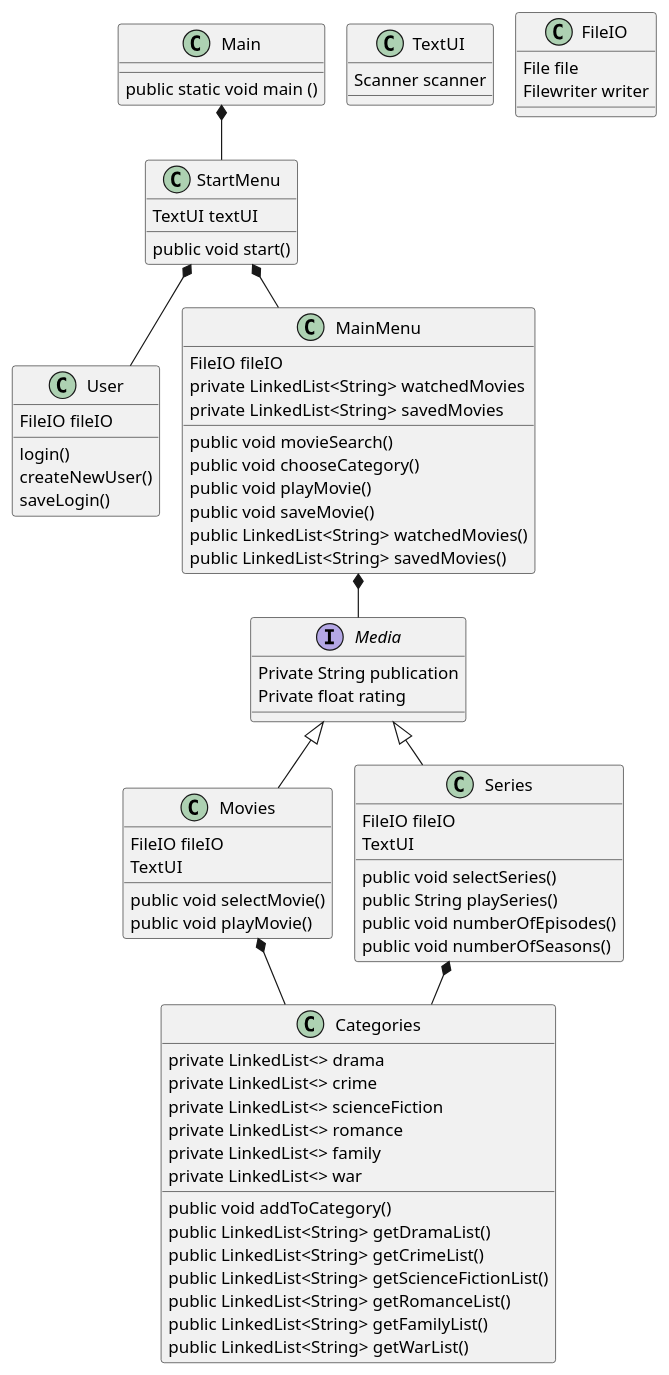
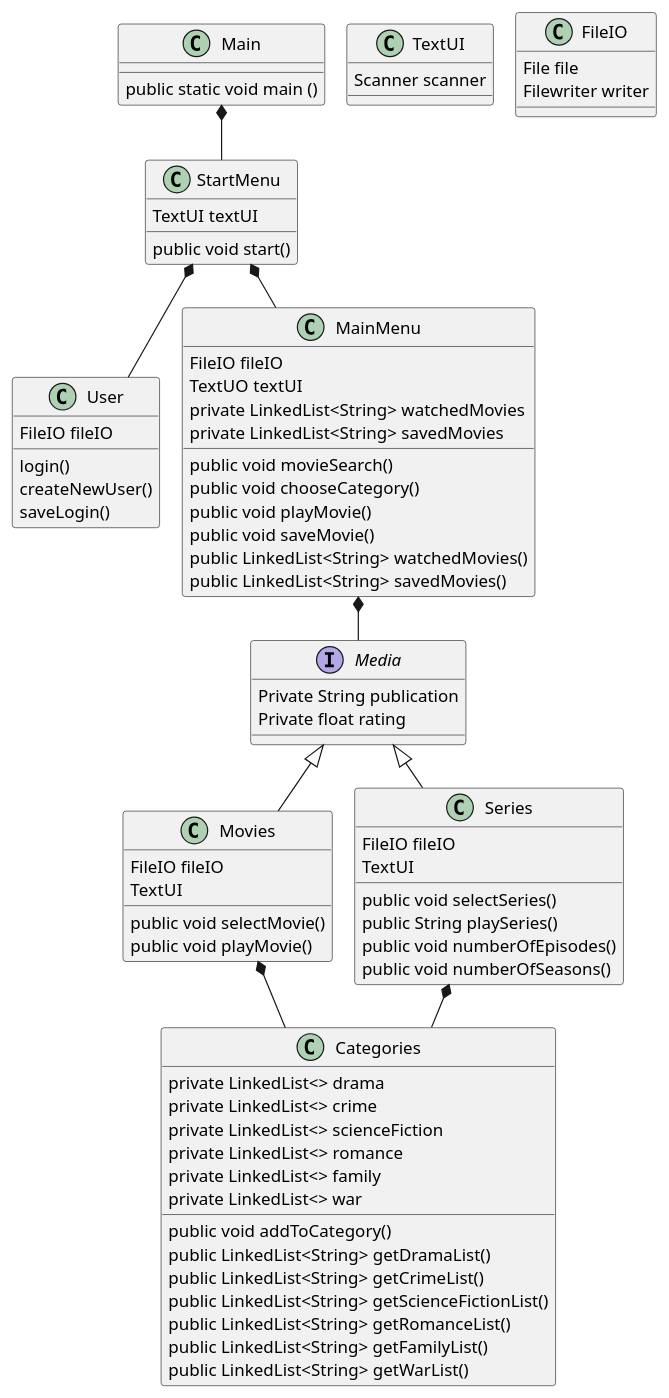
The diagram in .idea/Class.puml (MichellaBech/SP3), drawn with PlantUML before and after one commit.

```diff
--- a/.idea/Class.puml
+++ b/.idea/Class.puml
@@ -1,106 +1,107 @@
 @startuml
 'https://plantuml.com/class-diagram
 !pragma layout smetana
 
 class Movies
 class Series
 interface Media
 class Categories
 class User
 class StartMenu
 class MainMenu
 class Main
 class TextUI
 class FileIO
 
 
 Media <|-- Movies
 Media <|-- Series
 
 Movies *-- Categories
 Series *-- Categories
 StartMenu *-- User
 StartMenu *-- MainMenu
 Main *-- StartMenu
 MainMenu *-- Media
 
 
 class TextUI
 {
 Scanner scanner
 }
 
 class FileIO {
 File file
 Filewriter writer
 }
 
 class Main {
 public static void main ()
 }
 
 class StartMenu {
 TextUI textUI
 public void start()
 
 }
 
 class Categories {
 private LinkedList<> drama
 private LinkedList<> crime
 private LinkedList<> scienceFiction
 private LinkedList<> romance
 private LinkedList<> family
 private LinkedList<> war
 
 public void addToCategory()
 public LinkedList<String> getDramaList()
 public LinkedList<String> getCrimeList()
 public LinkedList<String> getScienceFictionList()
 public LinkedList<String> getRomanceList()
 public LinkedList<String> getFamilyList()
 public LinkedList<String> getWarList()
 }
 
 Interface Media {
 Private String publication
 Private float rating
 }
 
 class Movies{
 FileIO fileIO
 TextUI
 public void selectMovie()
 public void playMovie()
 }
 
 class Series {
 FileIO fileIO
 TextUI
 public void selectSeries()
 public String playSeries()
 public void numberOfEpisodes()
 public void numberOfSeasons()
 }
 
 class User{
 FileIO fileIO
 login()
 createNewUser()
 saveLogin()
 }
 
 class MainMenu {
 FileIO fileIO
+TextUO textUI
 private LinkedList<String> watchedMovies
 private LinkedList<String> savedMovies
 public void movieSearch()
 public void chooseCategory()
 public void playMovie()
 public void saveMovie()
 public LinkedList<String> watchedMovies()
 public LinkedList<String> savedMovies()
 }
 
 
 @enduml
```
